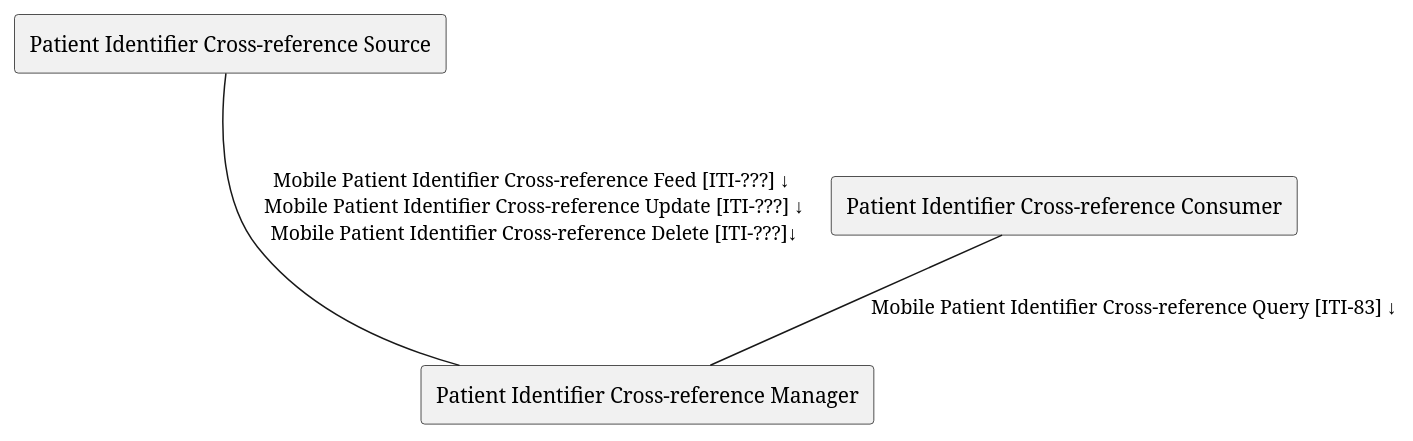
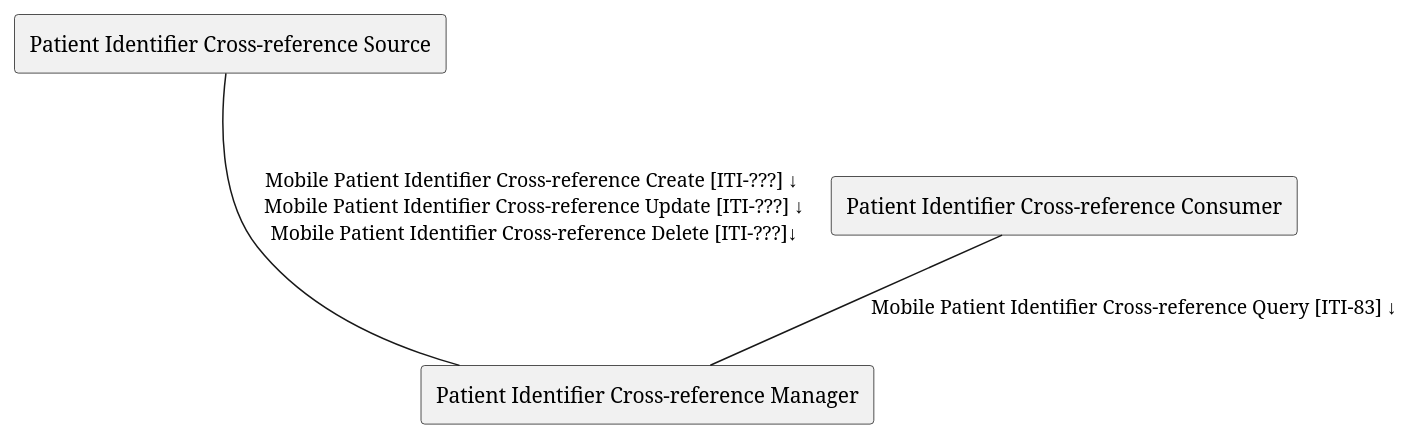
One commit to IHE/ITI.PIXm changed the diagram in input/images-source/ActorsAndTransactions.pu. Above: the diagram before and after it, drawn with PlantUML. The commit also changed 1 other file, not shown here.

```diff
--- a/input/images-source/ActorsAndTransactions.pu
+++ b/input/images-source/ActorsAndTransactions.pu
@@ -1,11 +1,11 @@
 @startuml
 
 agent "Patient Identifier Cross-reference Source" as Source
 agent "Patient Identifier Cross-reference Consumer" as Consumer
 agent "Patient Identifier Cross-reference Manager" as Manager
 
 
-Source --- Manager: "Mobile Patient Identifier Cross-reference Feed [ITI-???] ↓\n Mobile Patient Identifier Cross-reference Update [ITI-???] ↓\n Mobile Patient Identifier Cross-reference Delete [ITI-???]↓"
+Source --- Manager: "Mobile Patient Identifier Cross-reference Create [ITI-???] ↓\n Mobile Patient Identifier Cross-reference Update [ITI-???] ↓\n Mobile Patient Identifier Cross-reference Delete [ITI-???]↓"
 Consumer -- Manager : "Mobile Patient Identifier Cross-reference Query [ITI-83] ↓"
 
 @enduml
```
